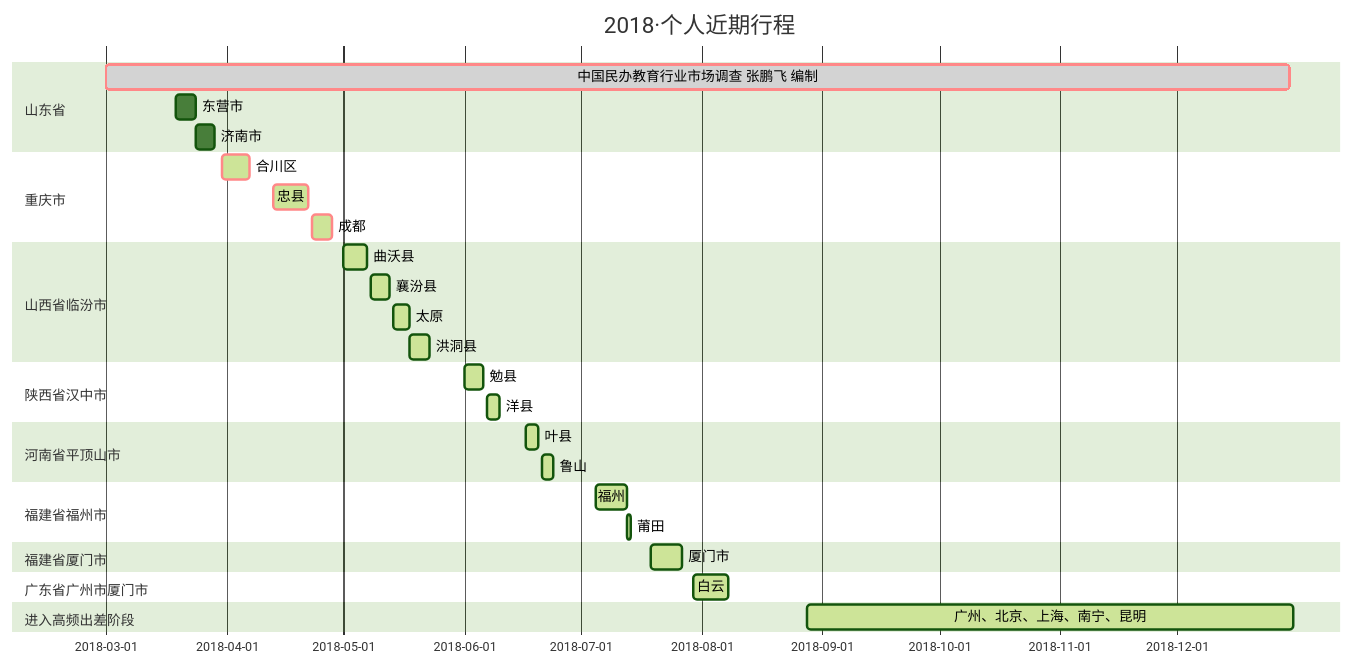
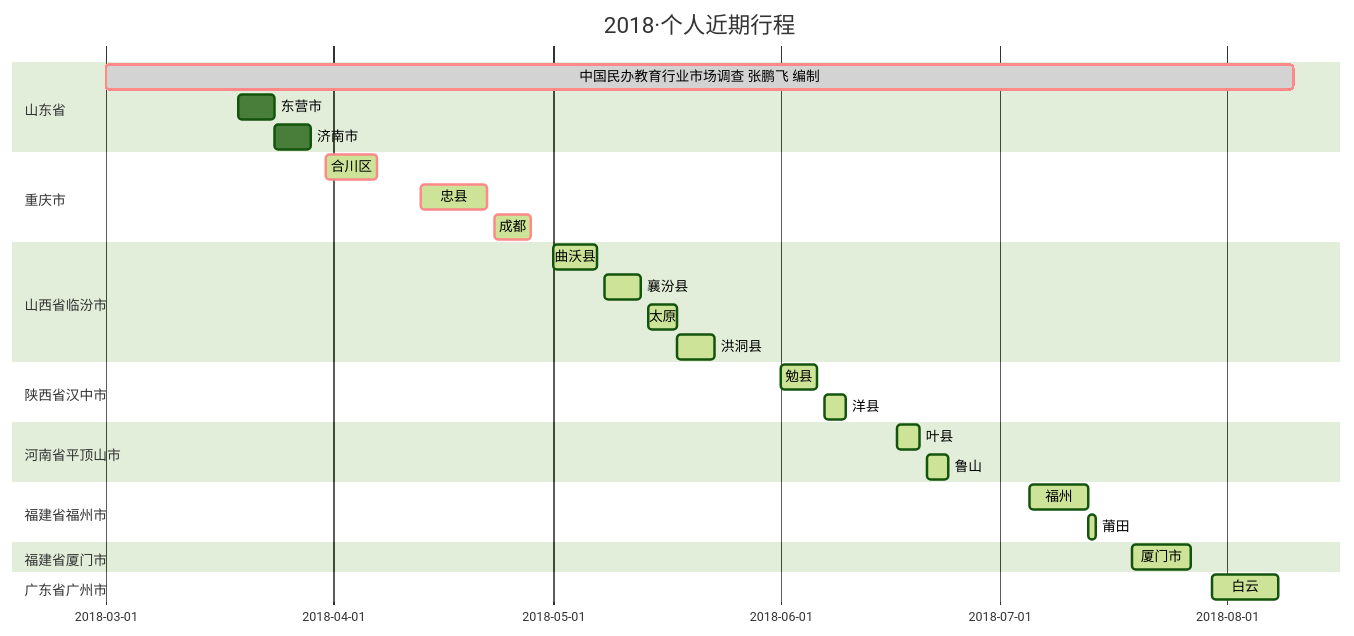
Before and after one commit to pengfei-zhang/k12ivy: the diagram in content/schedule.md, drawn with Mermaid (forest theme). The commit also changed other lines of this file and 3 other files, not shown here.

````diff
--- a/content/schedule.md
+++ b/content/schedule.md
@@ -9,33 +18,31 @@
 ```mermaid
 gantt
     dateFormat  YYYY-MM-DD
     title 2018·个人近期行程
     section 山东省
-    中国民办教育行业市场调查 张鹏飞 编制               :crit,done,   s1, 2018-03-01    ,2018-12-30
+    中国民办教育行业市场调查 张鹏飞 编制               :crit,done,   s1, 2018-03-01    ,2018-08-10
     东营市                   :         2018-03-19,  2018-03-24
     济南市                   :         2018-03-24,  2018-03-29
     section 重庆市
     合川区                   :crit , done,  active,  des2, 2018-03-31, 2018-04-07
     忠县                   :crit , done,  active,  des3, 2018-04-13, 2018-04-22
     成都                   :crit , done,  active,  des4, 2018-04-23, 2018-04-28
     section 山西省临汾市
     曲沃县                   :active,  des5, 2018-05-01,  2018-05-07
     襄汾县                   :active,  des6, 2018-05-08,  2018-05-13
     太原			          :active,  des7, 2018-05-14  ,  2018-05-18
     洪洞县                   :active,  des8, after des7, 5d
     section 陕西省汉中市
     勉县                     :active,  des10, 2018-06-01,  2018-06-06
     洋县					 :active,  des11, 2018-06-07,  2018-06-10
     section 河南省平顶山市
     叶县                     :active,   2018-06-17,  2018-06-20
     鲁山                     :active,   2018-06-21,  2018-06-24
     section 福建省福州市
     福州                     :active,   2018-07-05,  2018-07-13
     莆田                     :active,   2018-07-13,  2018-07-14
     section 福建省厦门市
     厦门市                     :active,   2018-07-19,  2018-07-27
-    section 广东省广州市厦门市
+    section 广东省广州市
     白云                     :active,   2018-07-30,  2018-08-08
-    section 进入高频出差阶段
-    广州、北京、上海、南宁、昆明                     :active,   2018-08-28,  2018-12-31
 ```
````
